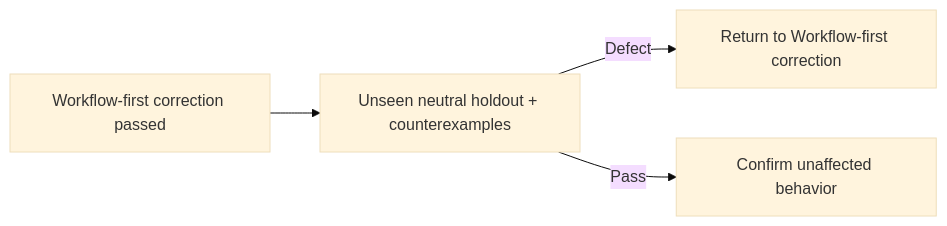
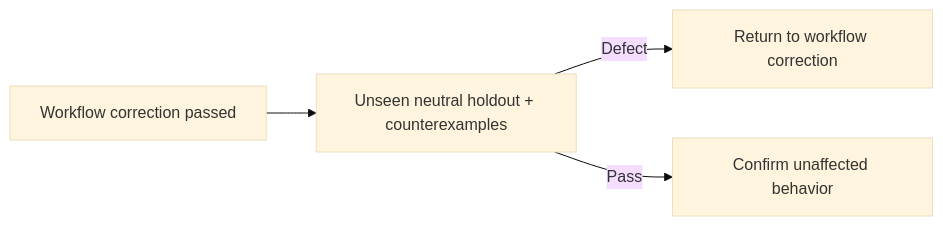
Before and after one commit to MP281X/ai-toolkit: the diagram in .agents/skills/workflow/references/evaluation.md, drawn with Mermaid (base theme). The commit also changed other lines of this file and 20 other files, not shown here.

````diff
--- a/.agents/skills/workflow/references/evaluation.md
+++ b/.agents/skills/workflow/references/evaluation.md
@@ -37,6 +39,6 @@
 ```mermaid
 flowchart LR
-	W[Workflow-first correction passed] --> H[Unseen neutral holdout + counterexamples]
-	H -->|Defect| C[Return to Workflow-first correction]
+	W[Workflow correction passed] --> H[Unseen neutral holdout + counterexamples]
+	H -->|Defect| C[Return to workflow correction]
 	H -->|Pass| U[Confirm unaffected behavior]
 ```
````
